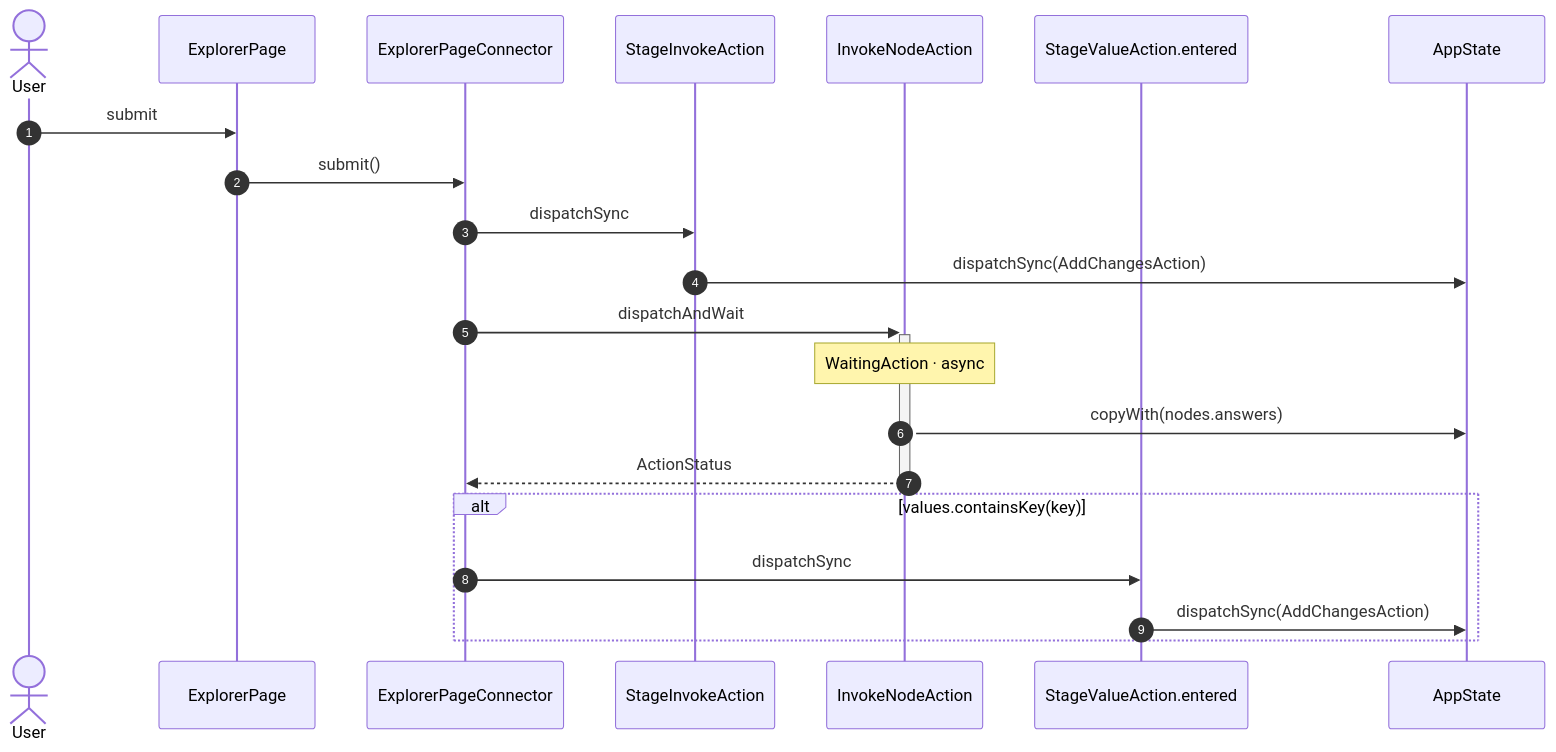
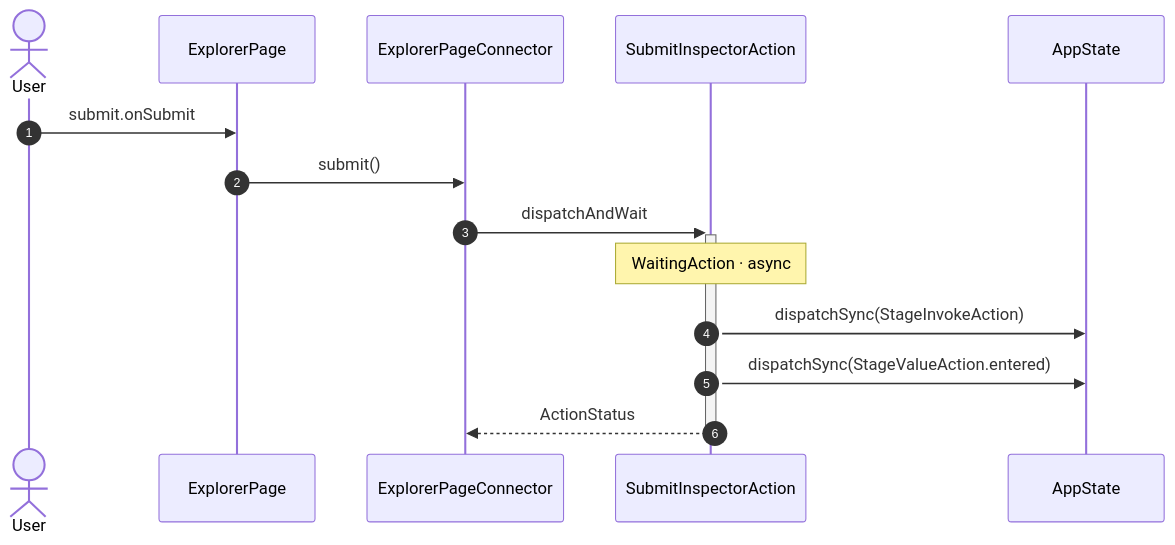
The first of 58 diagrams in studio/docs/flows/explorer.md (gencto/wyrm), drawn with Mermaid before and after one commit. The commit also changed other lines of this file and 20 other files, not shown here.

````diff
--- a/studio/docs/flows/explorer.md
+++ b/studio/docs/flows/explorer.md
@@ -9,24 +9,17 @@
 ```mermaid
 sequenceDiagram
     autonumber
     actor User
     participant UI as ExplorerPage
     participant VM as ExplorerPageConnector
-    participant A1 as StageInvokeAction
-    participant A2 as InvokeNodeAction
-    participant A3 as StageValueAction.entered
+    participant A1 as SubmitInspectorAction
     participant ST as AppState
 
-    User->>UI: submit
+    User->>UI: submit.onSubmit
     UI->>VM: submit()
-    VM->>A1: dispatchSync
-    A1->>ST: dispatchSync(AddChangesAction)
-    VM->>+A2: dispatchAndWait
-    Note over A2: WaitingAction · async
-    A2->>ST: copyWith(nodes.answers)
-    A2-->>-VM: ActionStatus
-    alt values.containsKey(key)
-        VM->>A3: dispatchSync
-        A3->>ST: dispatchSync(AddChangesAction)
-    end
+    VM->>+A1: dispatchAndWait
+    Note over A1: WaitingAction · async
+    A1->>ST: dispatchSync(StageInvokeAction)
+    A1->>ST: dispatchSync(StageValueAction.entered)
+    A1-->>-VM: ActionStatus
 ```
````
